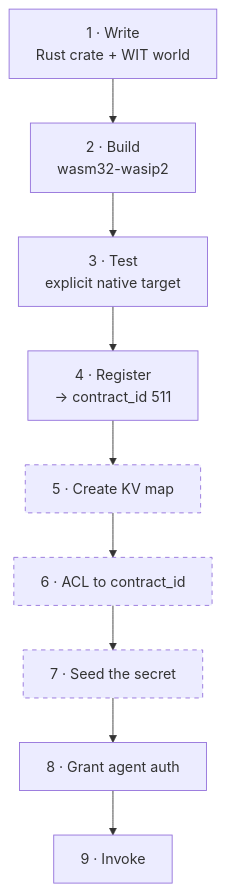
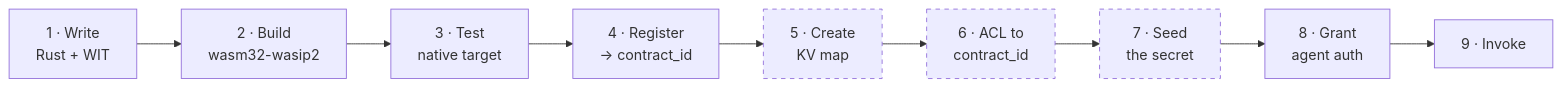
Before and after one commit to gopanihitansh5-collab/t3n-adk-submission: the first of 2 diagrams in README.md, drawn with Mermaid. The commit also changed other lines of this file and 4 other files, not shown here.

First line of the commit message:
docs: reference architecture figure and full rewrite of the report

````diff
--- a/README.md
+++ b/README.md
@@ -107,15 +71,15 @@
 ```mermaid
-flowchart TD
-  A["1 · Write<br/>Rust crate + WIT world"] --> B["2 · Build<br/>wasm32-wasip2"]
-  B --> C["3 · Test<br/>explicit native target"]
-  C --> D["4 · Register<br/>→ contract_id 511"]
-  D --> E["5 · Create KV map"]
-  E --> F["6 · ACL to contract_id"]
-  F --> G["7 · Seed the secret"]
-  G --> H["8 · Grant agent auth"]
+flowchart LR
+  A["1 · Write<br/>Rust + WIT"] --> B["2 · Build<br/>wasm32-wasip2"]
+  B --> C["3 · Test<br/>native target"]
+  C --> D["4 · Register<br/>→ contract_id"]
+  D --> E["5 · Create<br/>KV map"]
+  E --> F["6 · ACL to<br/>contract_id"]
+  F --> G["7 · Seed<br/>the secret"]
+  G --> H["8 · Grant<br/>agent auth"]
   H --> I["9 · Invoke"]
 
   style E stroke-dasharray: 5 5
   style F stroke-dasharray: 5 5
   style G stroke-dasharray: 5 5
 ```
````
